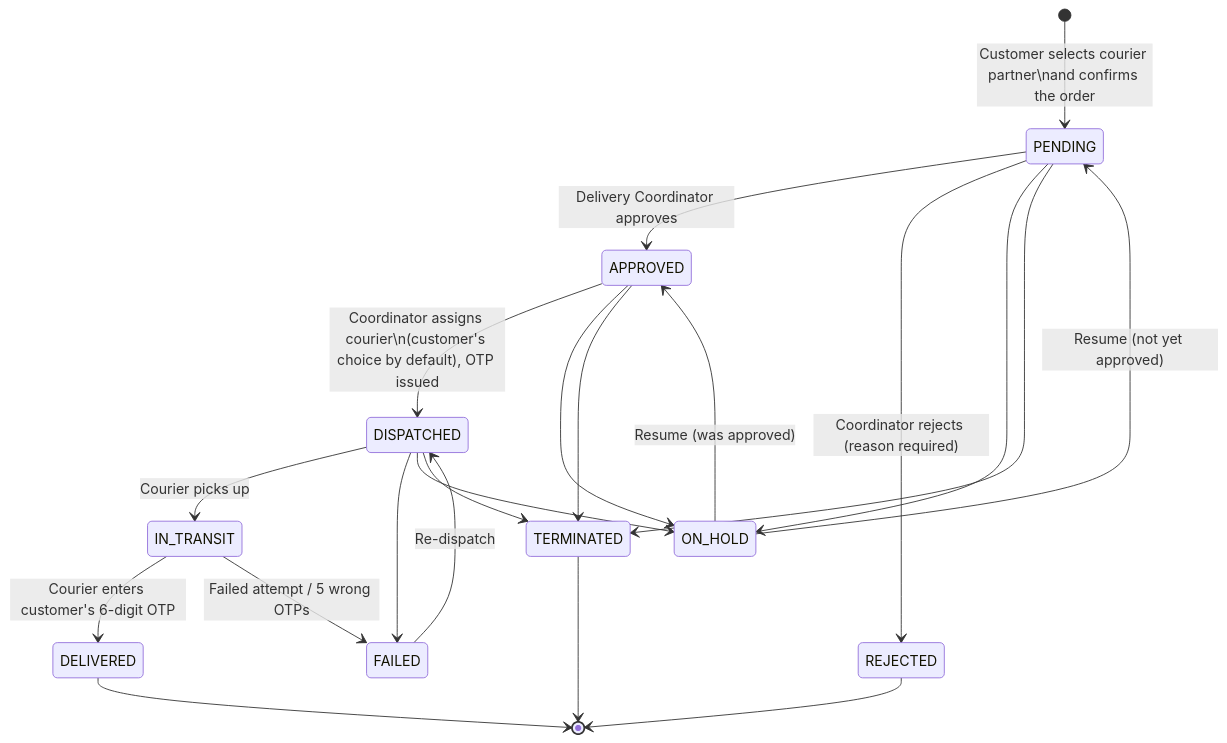
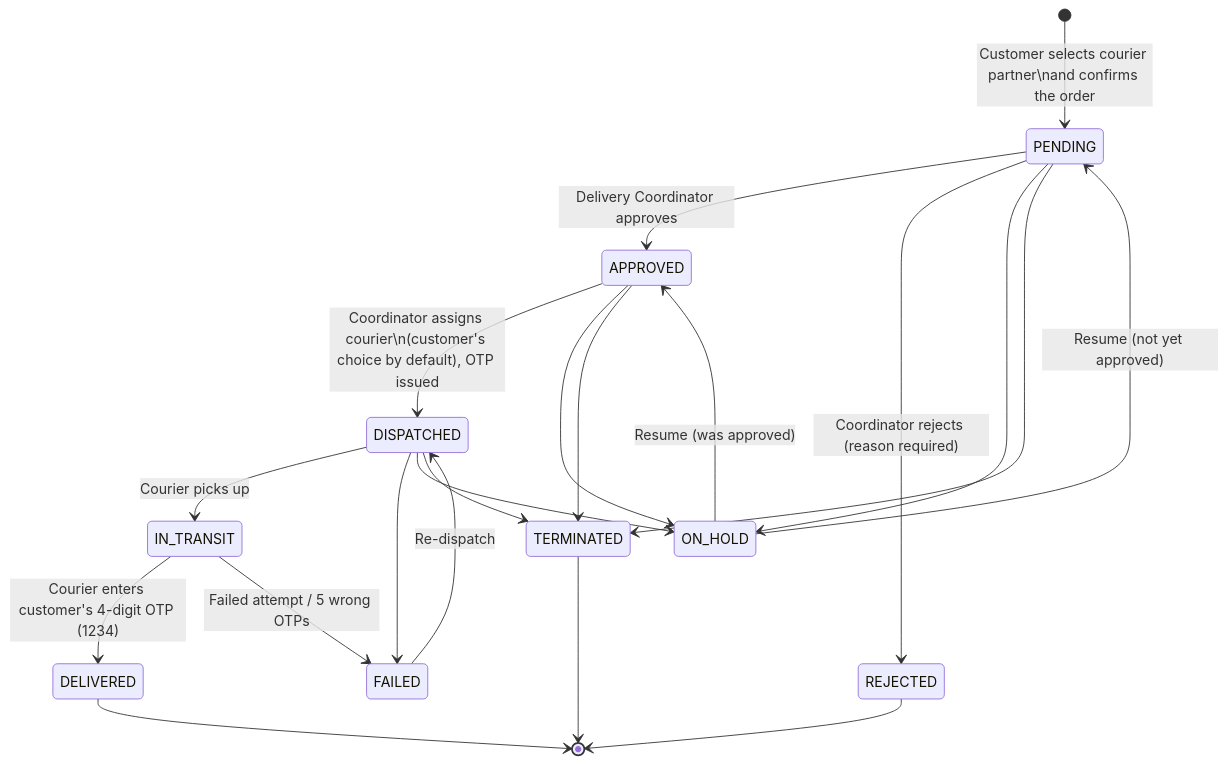
One commit to IT25100979/Medicine_Ordering_System changed the first of 2 diagrams in docs/DELIVERY_MANAGEMENT.md. Above: the diagram before and after it, drawn with Mermaid. The commit also changed 26 other files, not shown here.

````diff
--- a/docs/DELIVERY_MANAGEMENT.md
+++ b/docs/DELIVERY_MANAGEMENT.md
@@ -7,23 +7,23 @@
 ```mermaid
 stateDiagram-v2
     [*] --> PENDING: Customer selects courier partner\nand confirms the order
     PENDING --> APPROVED: Delivery Coordinator approves
     PENDING --> REJECTED: Coordinator rejects (reason required)
     APPROVED --> DISPATCHED: Coordinator assigns courier\n(customer's choice by default), OTP issued
     DISPATCHED --> IN_TRANSIT: Courier picks up
-    IN_TRANSIT --> DELIVERED: Courier enters customer's 6-digit OTP
+    IN_TRANSIT --> DELIVERED: Courier enters customer's 4-digit OTP (1234)
     IN_TRANSIT --> FAILED: Failed attempt / 5 wrong OTPs
     DISPATCHED --> FAILED
     FAILED --> DISPATCHED: Re-dispatch
     PENDING --> ON_HOLD
     APPROVED --> ON_HOLD
     DISPATCHED --> ON_HOLD
     ON_HOLD --> PENDING: Resume (not yet approved)
     ON_HOLD --> APPROVED: Resume (was approved)
     PENDING --> TERMINATED
     APPROVED --> TERMINATED
     DISPATCHED --> TERMINATED
     DELIVERED --> [*]
     REJECTED --> [*]
     TERMINATED --> [*]
 ```
````
